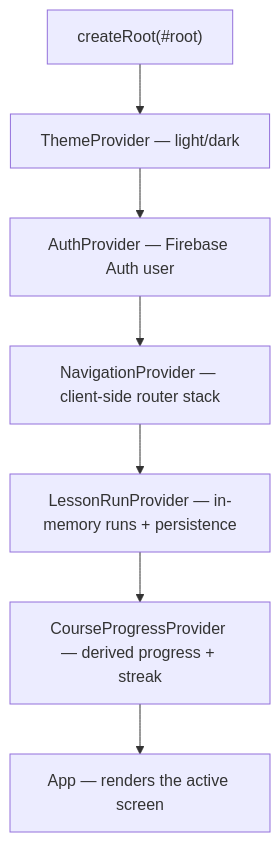
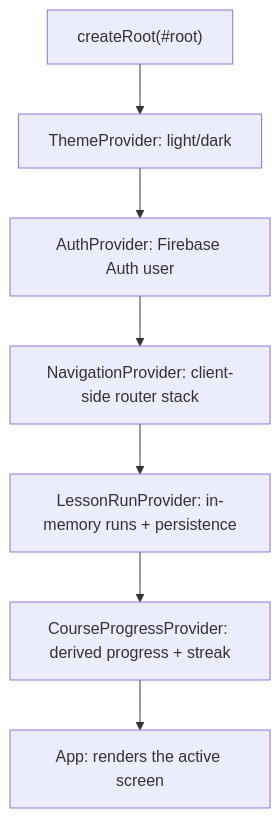
One commit to philote-dev/unbrilliant changed the first of 4 diagrams in docs/architecture.md. Above: the diagram before and after it, drawn with Mermaid. The commit also changed other lines of this file and 100 other files, not shown here.

````diff
--- a/docs/architecture.md
+++ b/docs/architecture.md
@@ -50,9 +50,9 @@
 ```mermaid
 flowchart TD
-    Root["createRoot(#root)"] --> Theme["ThemeProvider — light/dark"]
-    Theme --> Auth["AuthProvider — Firebase Auth user"]
-    Auth --> Nav["NavigationProvider — client-side router stack"]
-    Nav --> Run["LessonRunProvider — in-memory runs + persistence"]
-    Run --> Course["CourseProgressProvider — derived progress + streak"]
-    Course --> App["App — renders the active screen"]
+    Root["createRoot(#root)"] --> Theme["ThemeProvider: light/dark"]
+    Theme --> Auth["AuthProvider: Firebase Auth user"]
+    Auth --> Nav["NavigationProvider: client-side router stack"]
+    Nav --> Run["LessonRunProvider: in-memory runs + persistence"]
+    Run --> Course["CourseProgressProvider: derived progress + streak"]
+    Course --> App["App: renders the active screen"]
 ```
````
